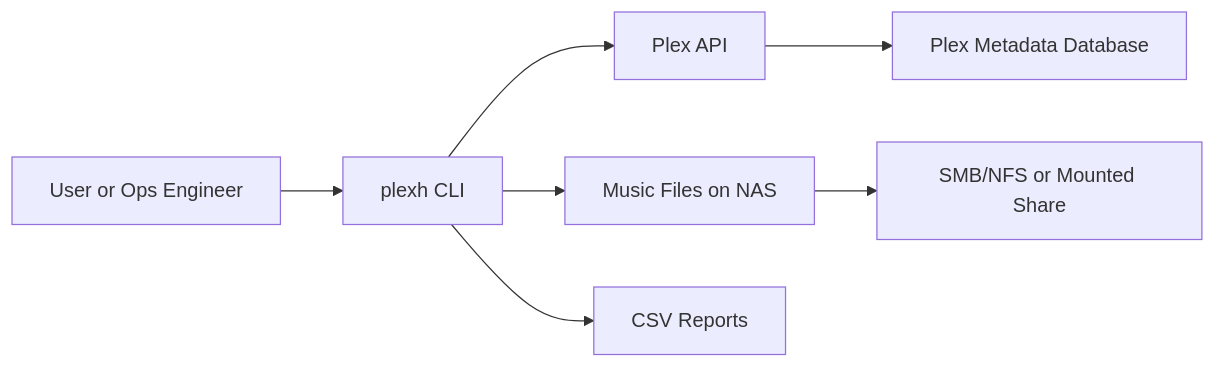
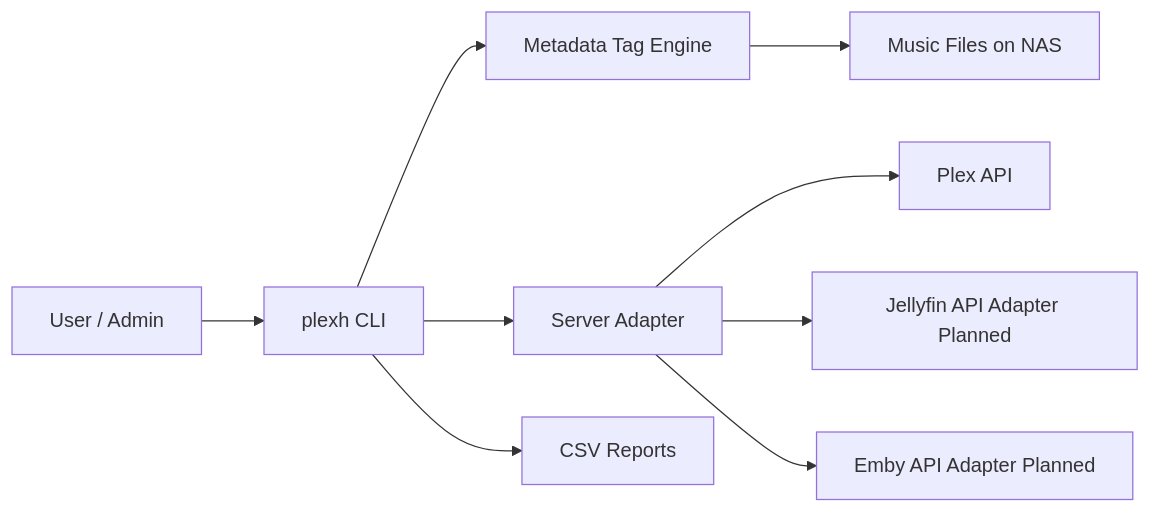
One commit to sharvinzlife/HarmonyForge changed the diagram in README.md. Above: the diagram before and after it, drawn with Mermaid. The commit also changed other lines of this file and 7 other files, not shown here.

````diff
--- a/README.md
+++ b/README.md
@@ -27,9 +30,11 @@
 ```mermaid
 flowchart LR
-  U[User or Ops Engineer] --> C[plexh CLI]
-  C --> P[Plex API]
-  C --> F[Music Files on NAS]
+  U[User / Admin] --> C[plexh CLI]
+  C --> M[Metadata Tag Engine]
+  C --> A[Server Adapter]
+  M --> F[Music Files on NAS]
+  A --> P[Plex API]
+  A --> J[Jellyfin API Adapter Planned]
+  A --> E[Emby API Adapter Planned]
   C --> R[CSV Reports]
-  P --> DB[Plex Metadata Database]
-  F --> S[SMB/NFS or Mounted Share]
 ```
````
